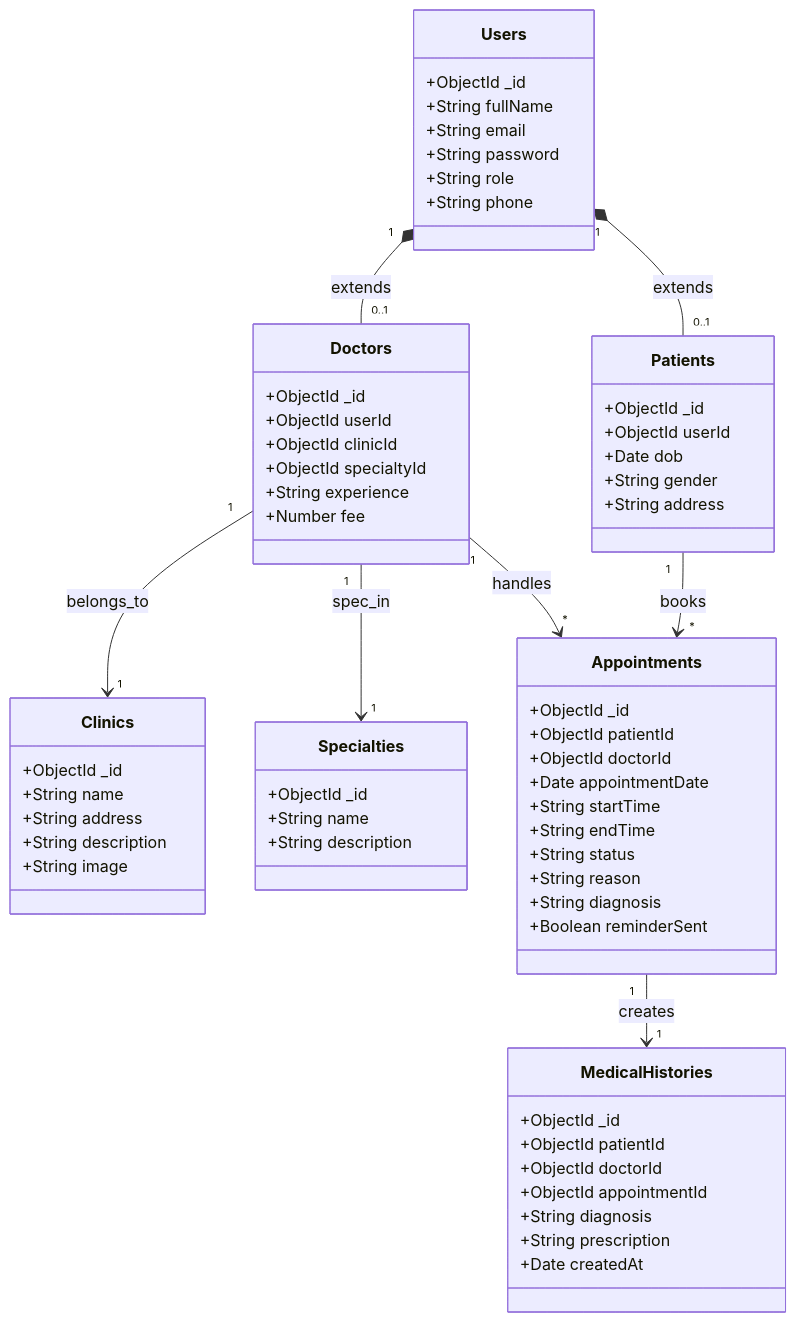
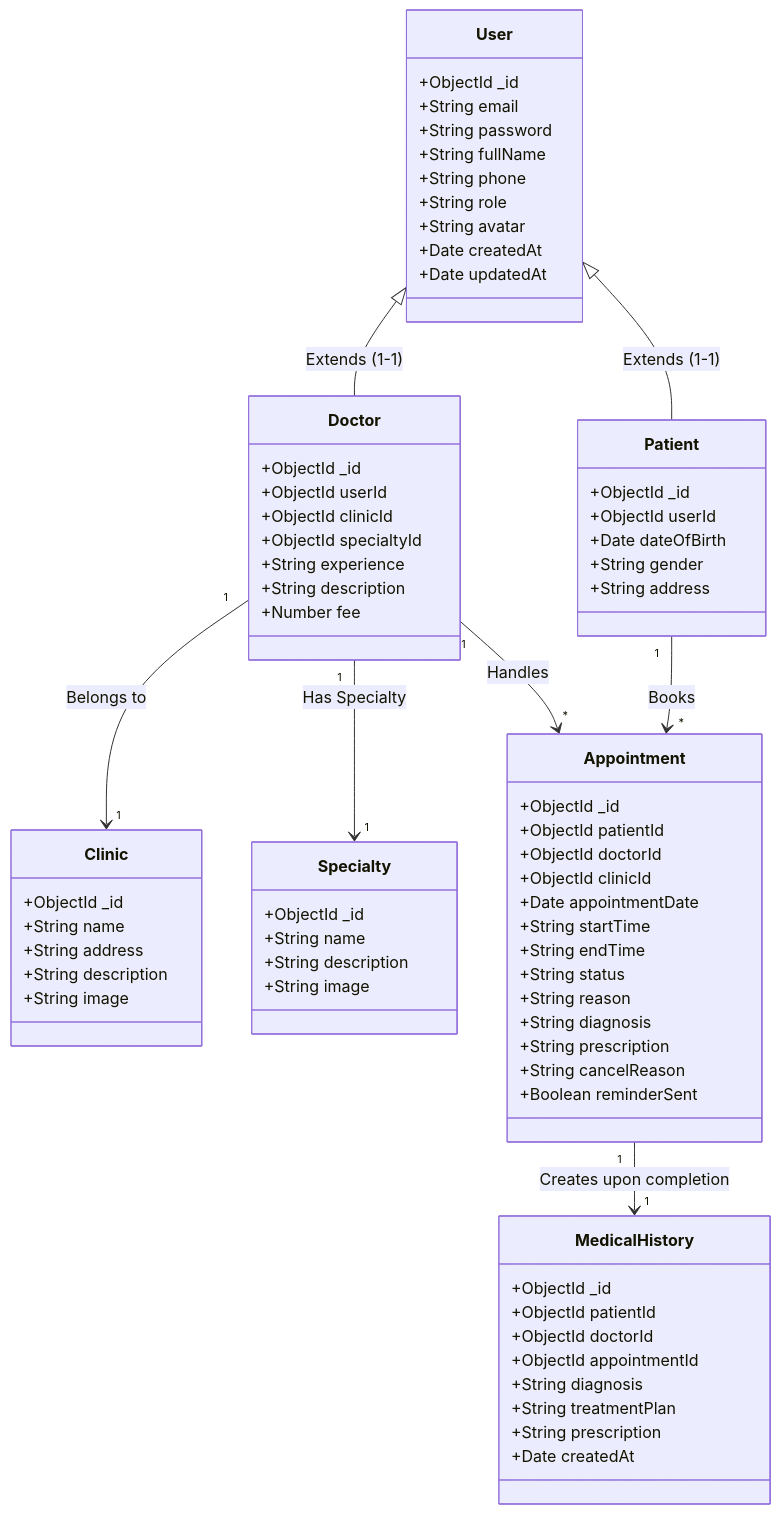
Before and after one commit to manhcuong-contact/DatLichPhongKham: the fifth of 6 diagrams in BAO_CAO_DU_AN.md, drawn with Mermaid. The commit also changed other lines of this file, not shown here.

Commit message:
Docs: Update BAO_CAO_DU_AN.md with 30-page equivalent exhaustive details and SQL schemas

````diff
--- a/BAO_CAO_DU_AN.md
+++ b/BAO_CAO_DU_AN.md
@@ -190,32 +348,36 @@
 ```mermaid
 classDiagram
-    class Users {
+    class User {
         +ObjectId _id
-        +String fullName
         +String email
         +String password
+        +String fullName
+        +String phone
         +String role
-        +String phone
+        +String avatar
+        +Date createdAt
+        +Date updatedAt
     }
 
-    class Patients {
+    class Patient {
         +ObjectId _id
         +ObjectId userId
-        +Date dob
+        +Date dateOfBirth
         +String gender
         +String address
     }
 
-    class Doctors {
+    class Doctor {
         +ObjectId _id
         +ObjectId userId
         +ObjectId clinicId
         +ObjectId specialtyId
         +String experience
+        +String description
         +Number fee
     }
 
-    class Clinics {
+    class Clinic {
         +ObjectId _id
         +String name
         +String address
@@ -223,40 +385,48 @@
         +String image
     }
 
-    class Specialties {
+    class Specialty {
         +ObjectId _id
         +String name
         +String description
+        +String image
     }
 
-    class Appointments {
+    class Appointment {
         +ObjectId _id
         +ObjectId patientId
         +ObjectId doctorId
+        +ObjectId clinicId
         +Date appointmentDate
         +String startTime
         +String endTime
         +String status
         +String reason
         +String diagnosis
+        +String prescription
+        +String cancelReason
         +Boolean reminderSent
     }
 
-    class MedicalHistories {
+    class MedicalHistory {
         +ObjectId _id
         +ObjectId patientId
         +ObjectId doctorId
         +ObjectId appointmentId
         +String diagnosis
+        +String treatmentPlan
         +String prescription
         +Date createdAt
     }
 
-    Users "1" *-- "0..1" Patients : extends
-    Users "1" *-- "0..1" Doctors : extends
-    Doctors "1" --> "1" Clinics : belongs_to
-    Doctors "1" --> "1" Specialties : spec_in
-    Patients "1" --> "*" Appointments : books
-    Doctors "1" --> "*" Appointments : handles
-    Appointments "1" --> "1" MedicalHistories : creates
+    User <|-- Patient : Extends (1-1)
+    User <|-- Doctor : Extends (1-1)
+    
+    Doctor "1" --> "1" Clinic : Belongs to
+    Doctor "1" --> "1" Specialty : Has Specialty
+    
+    Patient "1" --> "*" Appointment : Books
+    Doctor "1" --> "*" Appointment : Handles
+    
+    Appointment "1" --> "1" MedicalHistory : Creates upon completion
 ```
````
